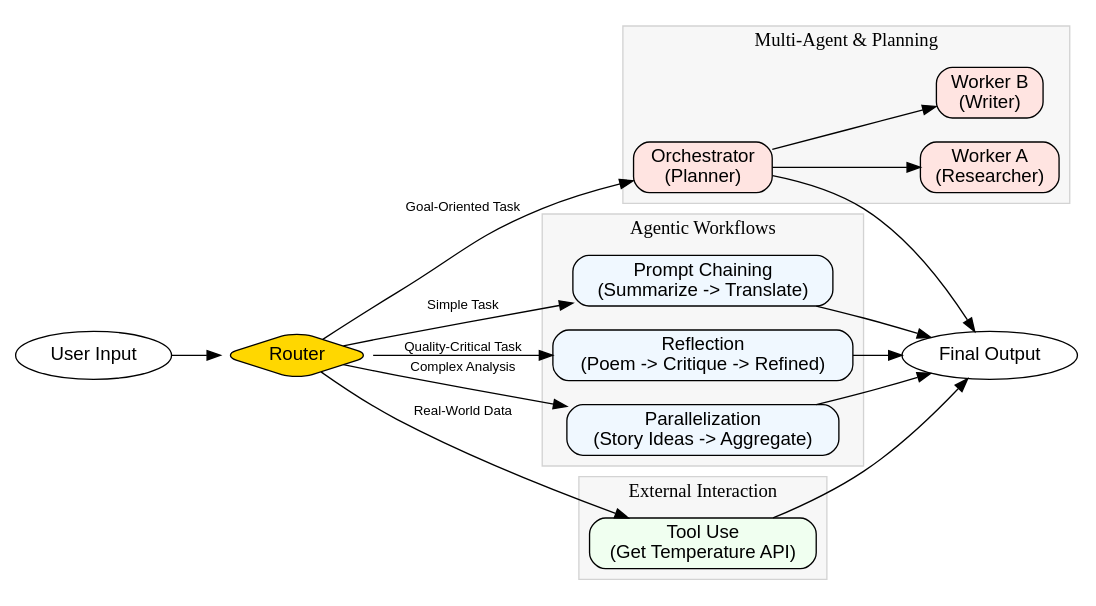
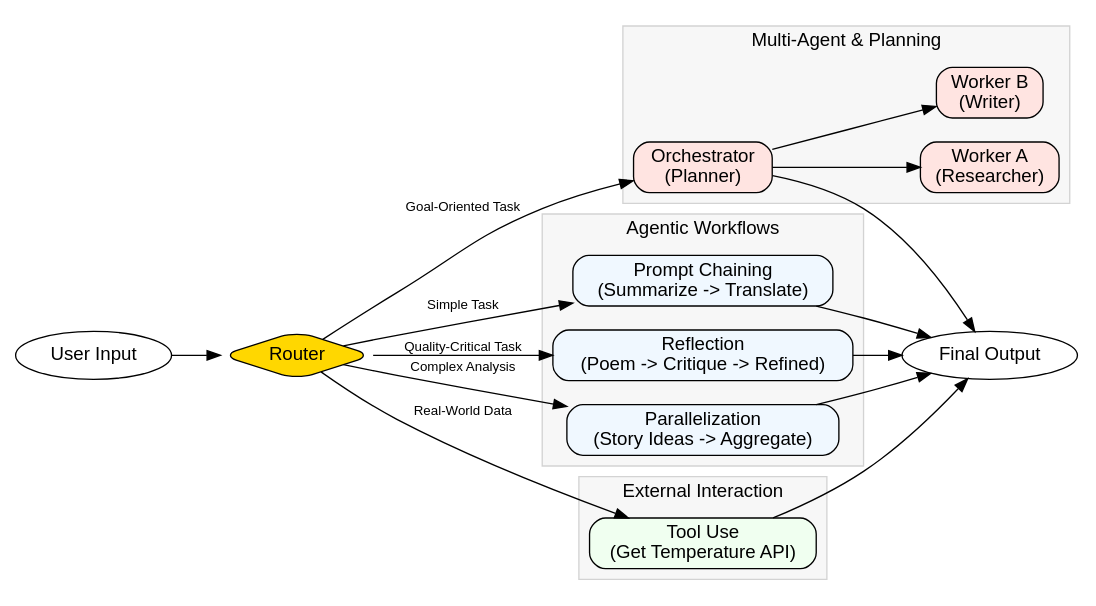
One commit to BryanTheLai/Agents changed the first of 2 diagrams in README.md. Above: the diagram before and after it, drawn with Graphviz. The commit also changed other lines of this file, not shown here.

````diff
--- a/README.md
+++ b/README.md
@@ -20,53 +23,54 @@
 ```graphviz
 digraph AgenticPatterns {
   rankdir=LR;
+  graph [fontname="Helvetica"];
   node [shape=box, style="rounded,filled", fillcolor=lightblue, fontname="Helvetica"];
   edge [fontname="Helvetica", fontsize=10];
   
   subgraph cluster_workflows {
     label = "Agentic Workflows";
     style=filled;
     color=lightgrey;
     fillcolor="#f7f7f7";
     node [fillcolor=aliceblue];
     PromptChaining [label="Prompt Chaining\n(Summarize -> Translate)"];
     Reflection [label="Reflection\n(Poem -> Critique -> Refined)"];
     Parallelization [label="Parallelization\n(Story Ideas -> Aggregate)"];
   }
 
   subgraph cluster_tools {
     label = "External Interaction";
     style=filled;
     color=lightgrey;
     fillcolor="#f7f7f7";
     node [fillcolor=honeydew];
     ToolUse [label="Tool Use\n(Get Temperature API)"];
   }
   
   subgraph cluster_multi_agent {
     label = "Multi-Agent & Planning";
     style=filled;
     color=lightgrey;
     fillcolor="#f7f7f7";
     node [fillcolor=mistyrose];
     Orchestrator [label="Orchestrator\n(Planner)"];
     WorkerA [label="Worker A\n(Researcher)"];
     WorkerB [label="Worker B\n(Writer)"];
     Orchestrator -> WorkerA;
     Orchestrator -> WorkerB;
   }
   
   UserInput [shape=ellipse, label="User Input", fillcolor=white];
   Router [shape=diamond, label="Router", fillcolor=gold];
   FinalOutput [shape=ellipse, label="Final Output", fillcolor=white];
 
   UserInput -> Router;
   Router -> PromptChaining [label="Simple Task"];
   Router -> Reflection [label="Quality-Critical Task"];
   Router -> Parallelization [label="Complex Analysis"];
   Router -> ToolUse [label="Real-World Data"];
   Router -> Orchestrator [label="Goal-Oriented Task"];
 
   {PromptChaining, Reflection, Parallelization, ToolUse, Orchestrator} -> FinalOutput;
 }
 ```
````
